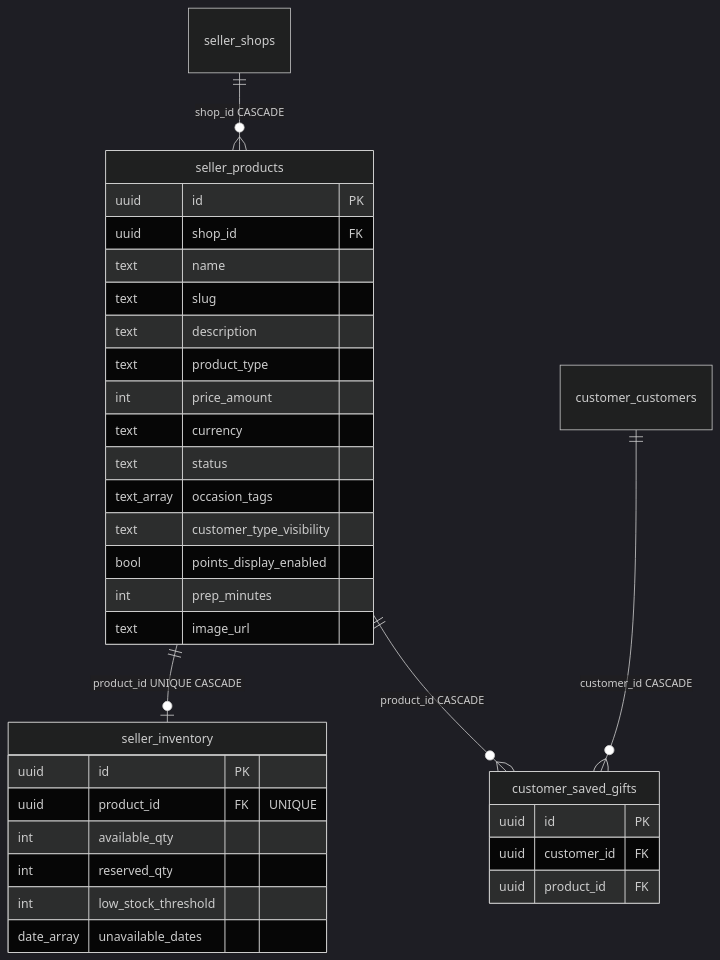
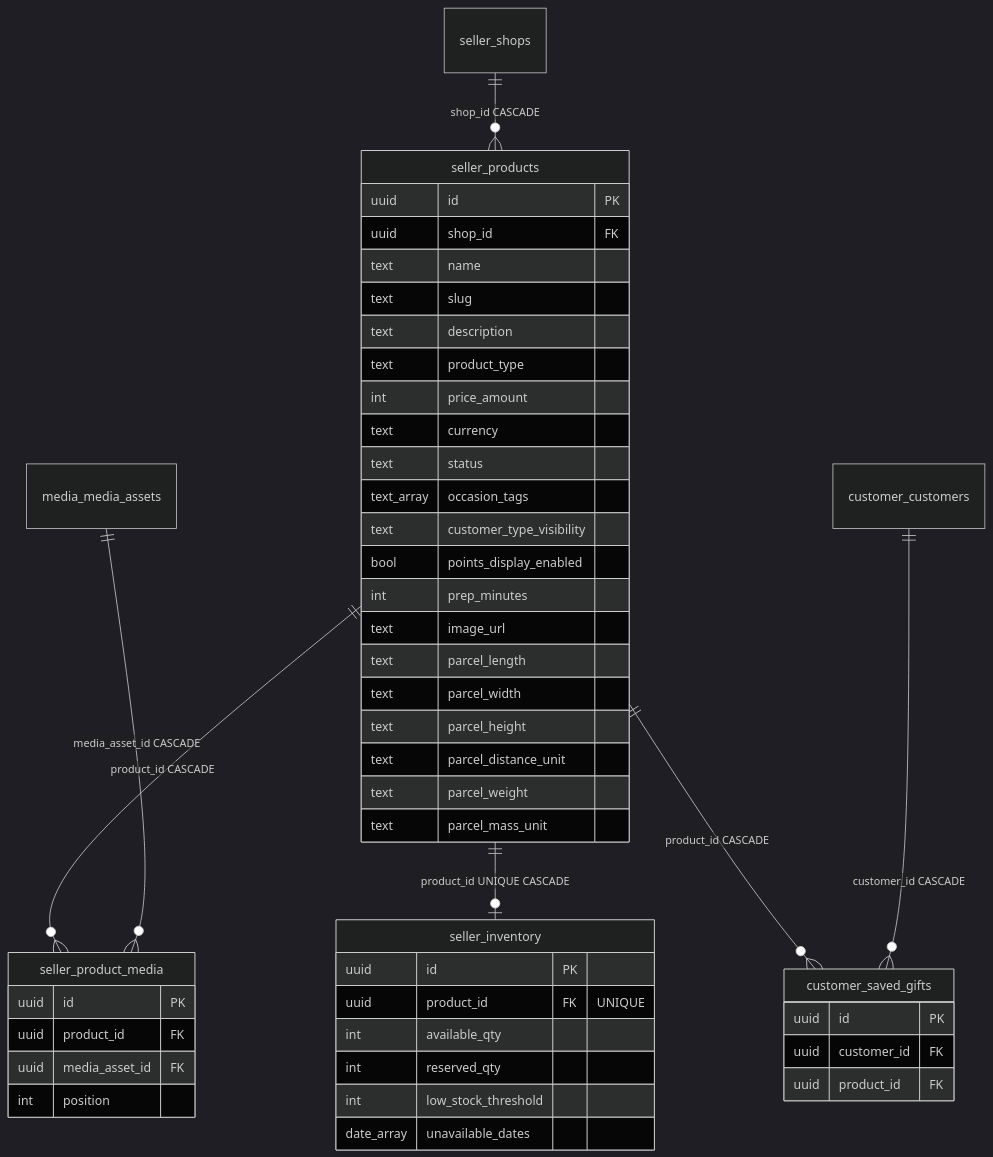
Before and after one commit to softdevglobal/send-agift-backend: the seventh of 12 diagrams in DATABASE_SCHEMA.md, drawn with Mermaid (dark theme). The commit also changed other lines of this file and 25 other files, not shown here.

Commit message:
Update seller delivery and shipping flow

````diff
--- a/DATABASE_SCHEMA.md
+++ b/DATABASE_SCHEMA.md
@@ -551,37 +611,51 @@
 ```mermaid
 erDiagram
     seller_shops ||--o{ seller_products : "shop_id CASCADE"
+    seller_products ||--o{ seller_product_media : "product_id CASCADE"
+    media_media_assets ||--o{ seller_product_media : "media_asset_id CASCADE"
     seller_products ||--o| seller_inventory : "product_id UNIQUE CASCADE"
     seller_products ||--o{ customer_saved_gifts : "product_id CASCADE"
     customer_customers ||--o{ customer_saved_gifts : "customer_id CASCADE"
 
     seller_products {
         uuid id PK
         uuid shop_id FK
         text name
         text slug
         text description
         text product_type
         int price_amount
         text currency
         text status
         text_array occasion_tags
         text customer_type_visibility
         bool points_display_enabled
         int prep_minutes
         text image_url
+        text parcel_length
+        text parcel_width
+        text parcel_height
+        text parcel_distance_unit
+        text parcel_weight
+        text parcel_mass_unit
+    }
+    seller_product_media {
+        uuid id PK
+        uuid product_id FK
+        uuid media_asset_id FK
+        int position
     }
     seller_inventory {
         uuid id PK
         uuid product_id FK "UNIQUE"
         int available_qty
         int reserved_qty
         int low_stock_threshold
         date_array unavailable_dates
     }
     customer_saved_gifts {
         uuid id PK
         uuid customer_id FK
         uuid product_id FK
     }
 ```
````
